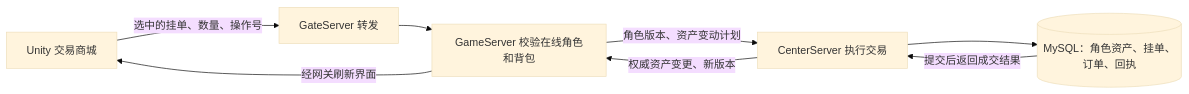
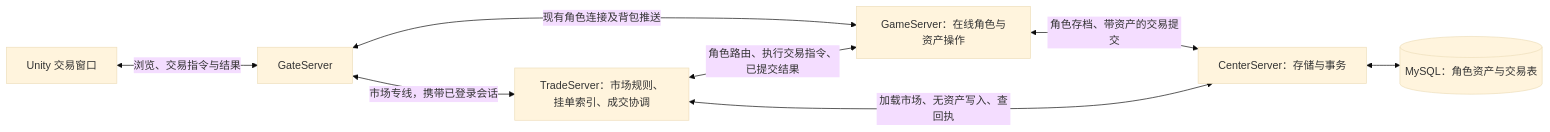
The diagram in 项目分析/玩家交易商城设计-2026-11-25.md (LiuXiaoBinger/MMORPG__TANMING), drawn with Mermaid (base theme) before and after one commit. The commit also changed other lines of this file, not shown here.

````diff
--- a/项目分析/玩家交易商城设计-2026-11-25.md
+++ b/项目分析/玩家交易商城设计-2026-11-25.md
@@ -34,10 +36,10 @@
 ```mermaid
 flowchart LR
-    A["Unity 交易商城"] -->|"选中的挂单、数量、操作号"| B["GateServer 转发"]
-    B --> C["GameServer 校验在线角色和背包"]
-    C -->|"角色版本、资产变动计划"| D["CenterServer 执行交易"]
-    D --> E[("MySQL：角色资产、挂单、订单、回执")]
-    E -->|"提交后返回成交结果"| D
-    D -->|"权威资产变更、新版本"| C
-    C -->|"经网关刷新界面"| A
+    U["Unity 交易窗口"] <-->|"浏览、交易指令与结果"| G["GateServer"]
+    G <-->|"市场专线，携带已登录会话"| T["TradeServer：市场规则、挂单索引、成交协调"]
+    G <-->|"现有角色连接及背包推送"| S["GameServer：在线角色与资产操作"]
+    T <-->|"角色路由、执行交易指令、已提交结果"| S
+    S <-->|"角色存档、带资产的交易提交"| C["CenterServer：存储与事务"]
+    T <-->|"加载市场、无资产写入、查回执"| C
+    C <--> D[("MySQL：角色资产与交易表")]
 ```
````
